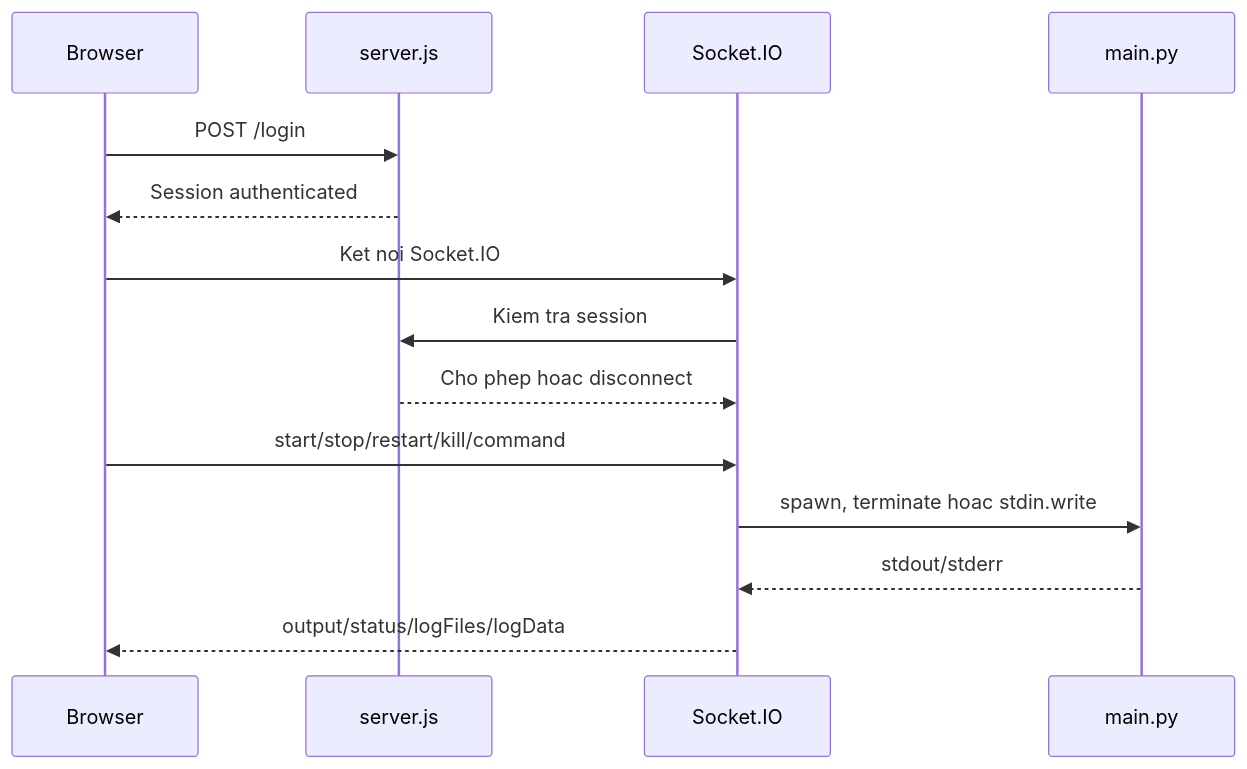
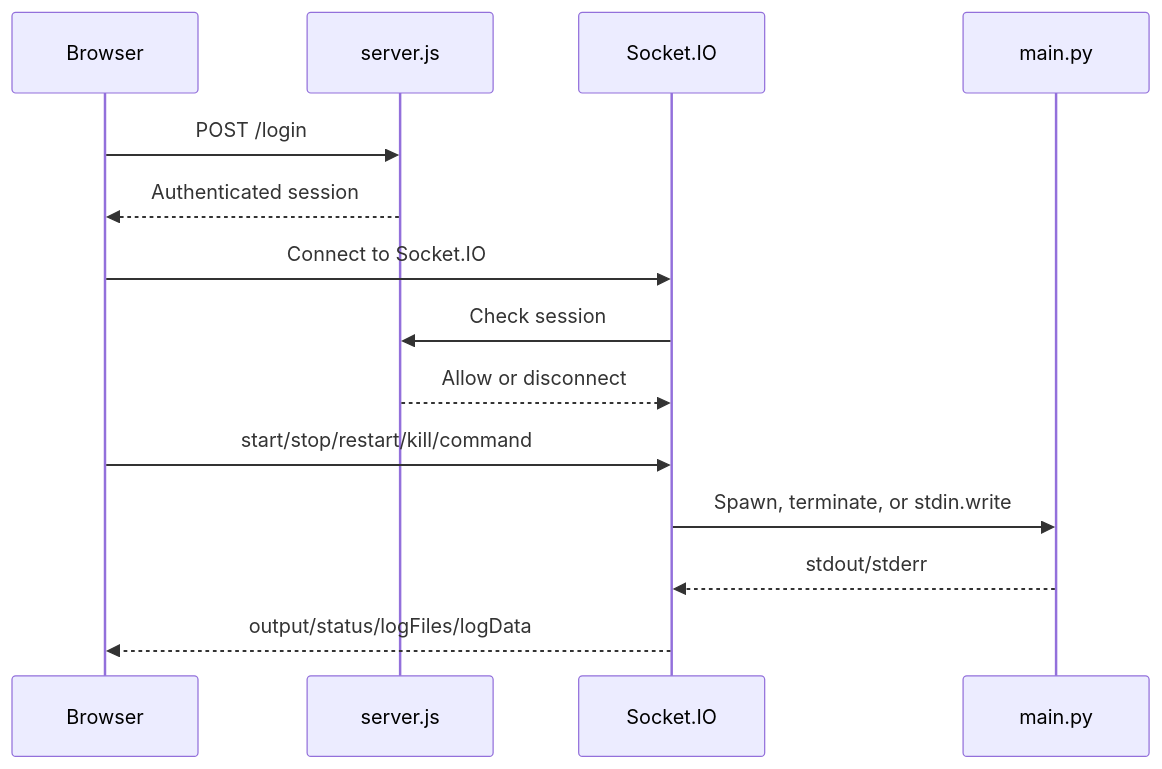
Before and after one commit to idoldange/Arona: the sixth of 6 diagrams in PROJECT_DOCUMENTATION.md, drawn with Mermaid. The commit also changed other lines of this file and 2 other files, not shown here.

First line of the commit message:
docs: translate architecture documentation and add Live Share co-authors support

````diff
--- a/PROJECT_DOCUMENTATION.md
+++ b/PROJECT_DOCUMENTATION.md
@@ -94,17 +652,17 @@
 ```mermaid
 sequenceDiagram
     participant Browser
     participant Express as server.js
     participant Socket as Socket.IO
     participant Child as main.py
 
     Browser->>Express: POST /login
-    Express-->>Browser: Session authenticated
-    Browser->>Socket: Ket noi Socket.IO
-    Socket->>Express: Kiem tra session
-    Express-->>Socket: Cho phep hoac disconnect
+    Express-->>Browser: Authenticated session
+    Browser->>Socket: Connect to Socket.IO
+    Socket->>Express: Check session
+    Express-->>Socket: Allow or disconnect
     Browser->>Socket: start/stop/restart/kill/command
-    Socket->>Child: spawn, terminate hoac stdin.write
+    Socket->>Child: Spawn, terminate, or stdin.write
     Child-->>Socket: stdout/stderr
     Socket-->>Browser: output/status/logFiles/logData
 ```
````
